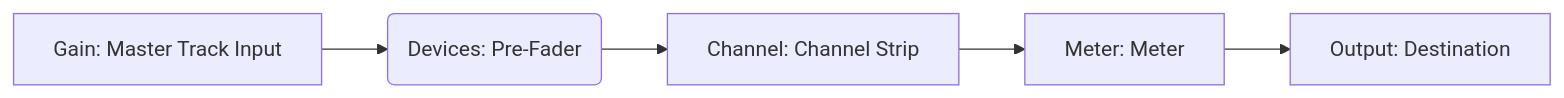
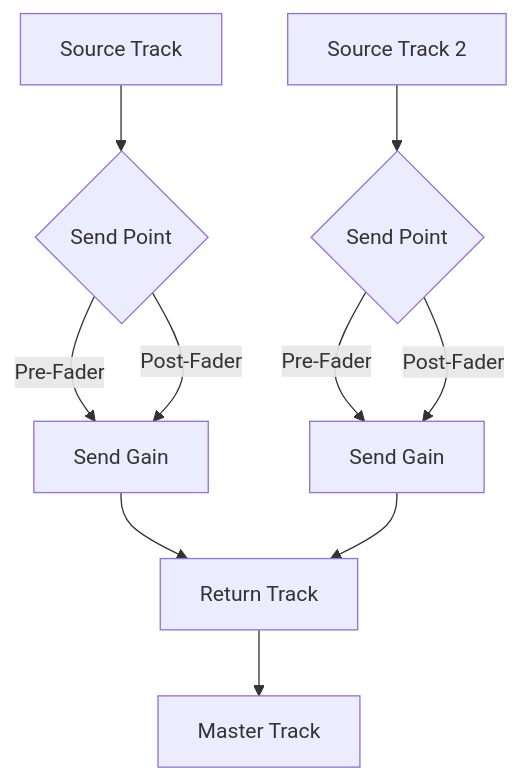
The seventh of 8 diagrams in README.md (yannmazita/daw.ts), drawn with Mermaid before and after one commit. The commit also changed other lines of this file, not shown here.

````diff
--- a/README.md
+++ b/README.md
@@ -222,7 +181,13 @@
 ```mermaid
-    graph LR
-        A[Gain: Master Track Input] --> B(Devices: Pre-Fader);
-        B --> C[Channel: Channel Strip];
-        C --> D[Meter: Meter];
-        D --> E[Output: Destination];
+graph TD
+    A[Source Track] --> B{Send Point}
+    B -->|Pre-Fader| C[Send Gain]
+    B -->|Post-Fader| C
+    C --> D[Return Track]
+    D --> E[Master Track]
+
+    F[Source Track 2] --> G{Send Point}
+    G -->|Pre-Fader| H[Send Gain]
+    G -->|Post-Fader| H
+    H --> D
 ```
````
